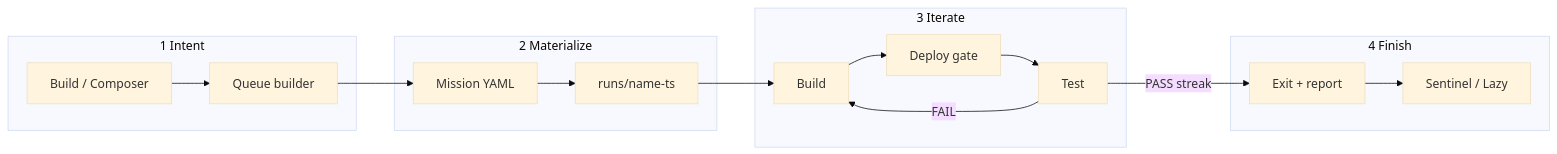
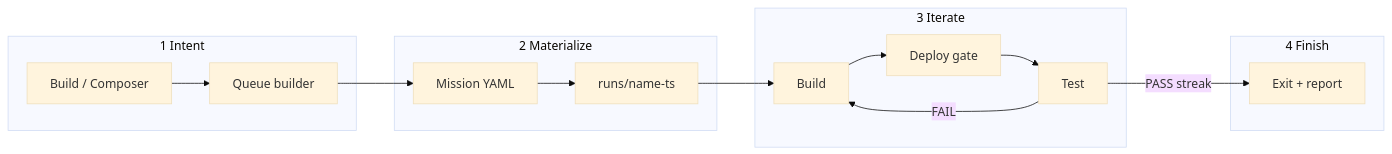
Before and after one commit to southu/vygo: the second of 2 diagrams in content/vibe-coding/ratchet-guide/architecture.md, drawn with Mermaid (base theme). The commit also changed other lines of this file and 42 other files, not shown here.

````diff
--- a/content/vibe-coding/ratchet-guide/architecture.md
+++ b/content/vibe-coding/ratchet-guide/architecture.md
@@ -69,24 +62,22 @@
 ```mermaid
 flowchart LR
   subgraph intent [1 Intent]
     UI[Build / Composer]
     QB[Queue builder]
   end
   subgraph mat [2 Materialize]
     MY[Mission YAML]
     RD[runs/name-ts]
   end
   subgraph loop [3 Iterate]
     BL[Build]
     DG[Deploy gate]
     TE[Test]
   end
   subgraph done [4 Finish]
     EX[Exit + report]
-    OPS[Sentinel / Lazy]
   end
   UI --> QB --> MY --> RD --> BL --> DG --> TE
   TE -->|FAIL| BL
   TE -->|PASS streak| EX
-  EX --> OPS
 ```
````
